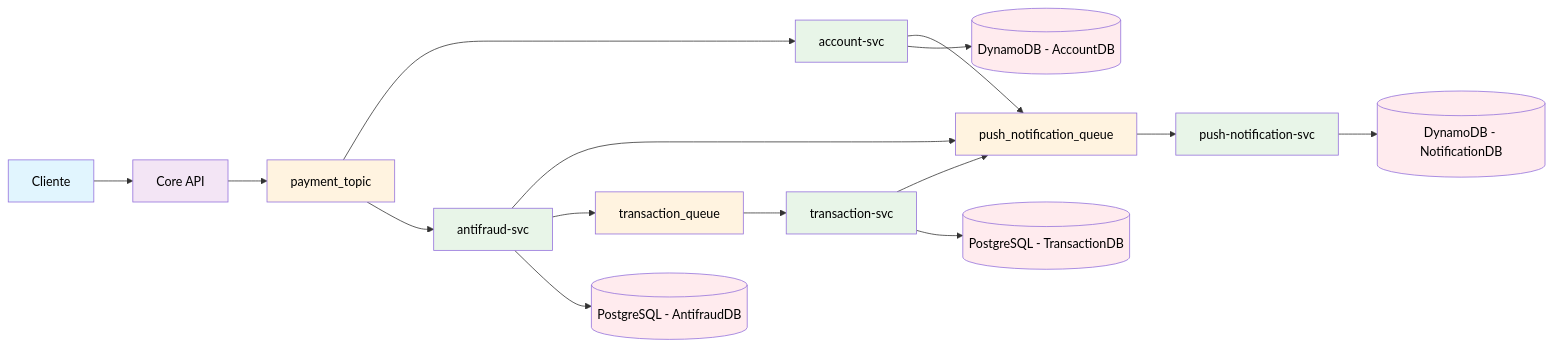
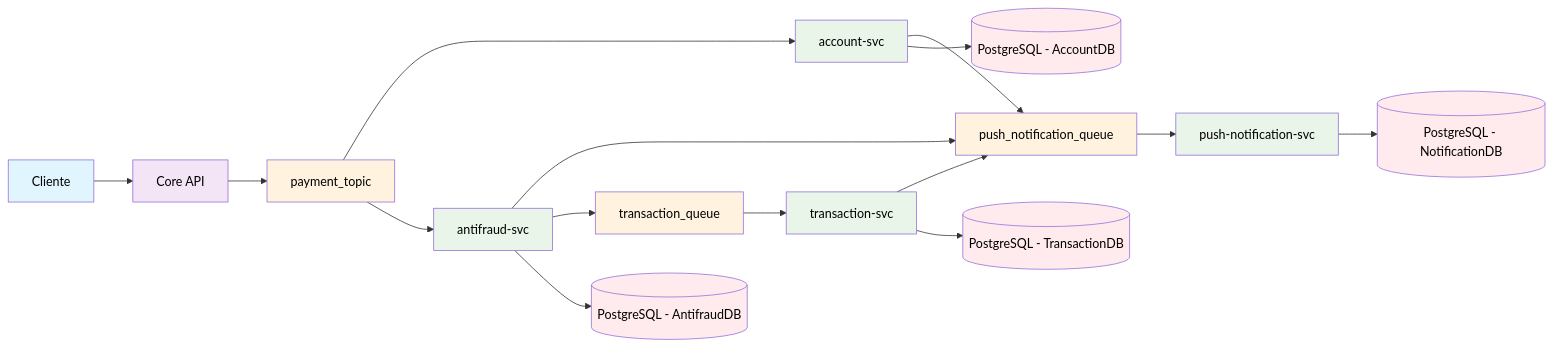
The diagram in README.md (dasilvaoscar/concurrency-simulator), drawn with Mermaid before and after one commit.

Commit message:
docs: update doc db

````diff
--- a/README.md
+++ b/README.md
@@ -14,39 +14,39 @@
 ```mermaid
 flowchart LR
     Client[Cliente] --> CoreAPI[Core API]
     CoreAPI --> PaymentTopic[payment_topic]
     
     PaymentTopic --> AccountSvc[account-svc]
     PaymentTopic --> AntifraudSvc[antifraud-svc]
     
     AccountSvc --> PushNotificationQueue[push_notification_queue]
     AntifraudSvc --> PushNotificationQueue
     AntifraudSvc --> TransactionQueue[transaction_queue]
     
     TransactionQueue --> TransactionSvc[transaction-svc]
     TransactionSvc --> PushNotificationQueue
     PushNotificationQueue --> NotificationSvc[push-notification-svc]
     
-    AccountSvc --> AccountDB[(DynamoDB - AccountDB)]
-    NotificationSvc --> NotificationDB[(DynamoDB - NotificationDB)]
+    AccountSvc --> AccountDB[(PostgreSQL - AccountDB)]
+    NotificationSvc --> NotificationDB[(PostgreSQL - NotificationDB)]
     AntifraudSvc --> AntifraudDB[(PostgreSQL - AntifraudDB)]
     TransactionSvc --> TransactionDB[(PostgreSQL - TransactionDB)]
     
     style Client fill:#e1f5fe,color:#000000
     style CoreAPI fill:#f3e5f5,color:#000000
     
     style PaymentTopic fill:#fff3e0,color:#000000
 
     style AccountSvc fill:#e8f5e8,color:#000000
     style AntifraudSvc fill:#e8f5e8,color:#000000
     style TransactionSvc fill:#e8f5e8,color:#000000
     style NotificationSvc fill:#e8f5e8,color:#000000
     
     style PushNotificationQueue fill:#fff3e0,color:#000000
     style TransactionQueue fill:#fff3e0,color:#000000
 
     style AccountDB fill:#ffebee,color:#000000
     style NotificationDB fill:#ffebee,color:#000000
     style AntifraudDB fill:#ffebee,color:#000000
     style TransactionDB fill:#ffebee,color:#000000
 ```
````
